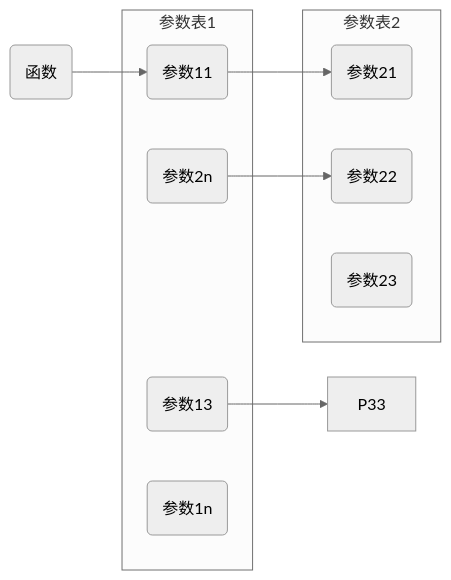
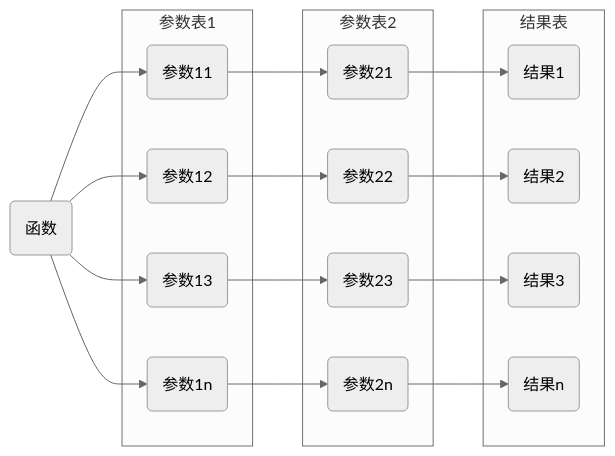
One commit to atlisp-org/atlisp-docs changed the diagram in Lisp进阶/lisp.org. Above: the diagram before and after it, drawn with Mermaid (neutral theme). The commit also changed other lines of this file, not shown here.

```diff
--- a/Lisp进阶/lisp.org
+++ b/Lisp进阶/lisp.org
@@ -4,21 +8,29 @@
 #+begin_src mermaid
   flowchart LR;
-     A(函数) -->P1
+     A(函数) -->P1 & P2 & P3 & Pn
      subgraph 参数表1
          P1(参数11)
          P2(参数12)
          P3(参数13)
          Pn(参数1n)      
      end
 
      subgraph 参数表2
          P21(参数21)
          P22(参数22)
          P23(参数23)
-         P2(参数2n)      
+         P2n(参数2n)      
      end
-     P1-->P21
-     P2-->P22
-     P3-->P33   
+     subgraph 结果表
+         R1(结果1)
+         R2(结果2)
+         R3(结果3)
+         Rn(结果n)      
+     end
+     P1-->P21-->R1
+     P2-->P22-->R2
+     P3-->P23-->R3
+     Pn-->P2n-->Rn
      
+
 #+end_src
```
